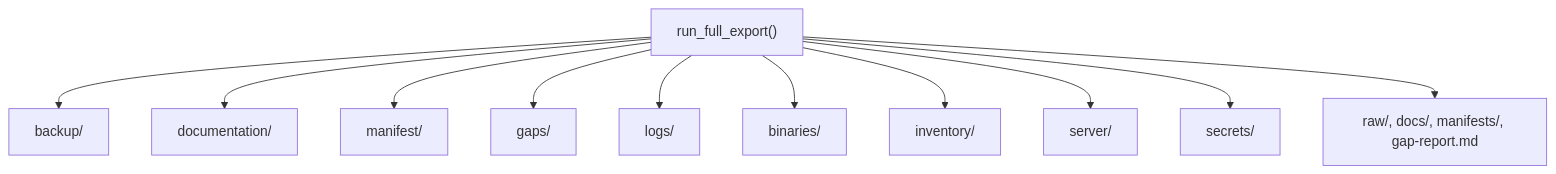
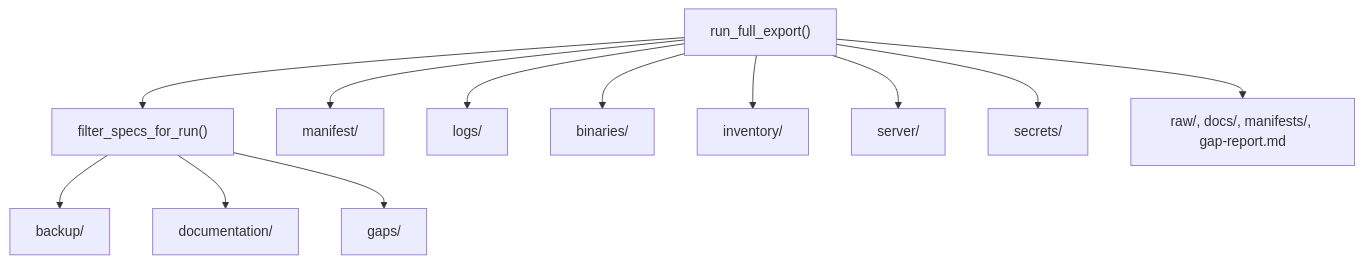
The diagram in docs/output/index.md (roto31/jamf-dossier), drawn with Mermaid before and after one commit. The commit also changed other lines of this file and 26 other files, not shown here.

````diff
--- a/docs/output/index.md
+++ b/docs/output/index.md
@@ -33,13 +33,14 @@
 ```mermaid
 flowchart TB
-  Export["run_full_export()"] --> Backup["backup/"]
-  Export --> Docs["documentation/"]
+  Export["run_full_export()"] --> Filter["filter_specs_for_run()"]
+  Filter --> Backup["backup/"]
+  Filter --> Docs["documentation/"]
   Export --> Manifest["manifest/"]
-  Export --> Gaps["gaps/"]
+  Filter --> Gaps["gaps/"]
   Export --> Logs["logs/"]
   Export --> Bin["binaries/"]
   Export --> Inv["inventory/"]
   Export --> Srv["server/"]
   Export --> Sec["secrets/"]
   Export --> Legacy["raw/, docs/, manifests/, gap-report.md"]
 ```
````
